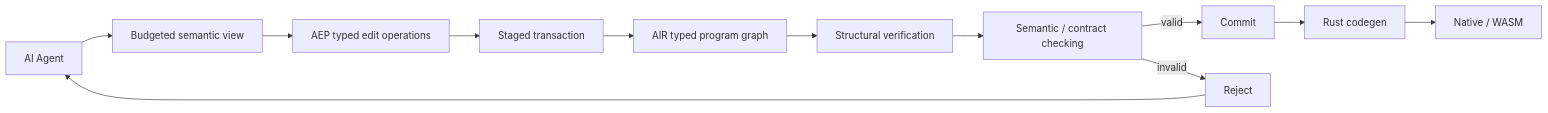
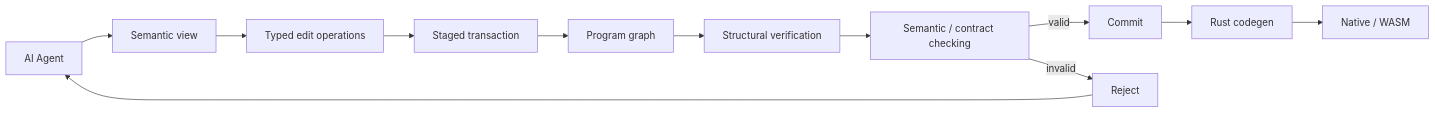
One commit to zkidp/alva-core changed the diagram in README.md. Above: the diagram before and after it, drawn with Mermaid. The commit also changed other lines of this file, not shown here.

````diff
--- a/README.md
+++ b/README.md
@@ -23,14 +23,14 @@
 ```mermaid
 flowchart LR
-    A[AI Agent] --> B[Budgeted semantic view]
-    B --> C[AEP typed edit operations]
+    A[AI Agent] --> B[Semantic view]
+    B --> C[Typed edit operations]
     C --> D[Staged transaction]
-    D --> E[AIR typed program graph]
+    D --> E[Program graph]
     E --> F[Structural verification]
     F --> G[Semantic / contract checking]
     G -->|valid| H[Commit]
     G -->|invalid| I[Reject]
     H --> J[Rust codegen]
     J --> K[Native / WASM]
     I --> A
 ```
````
